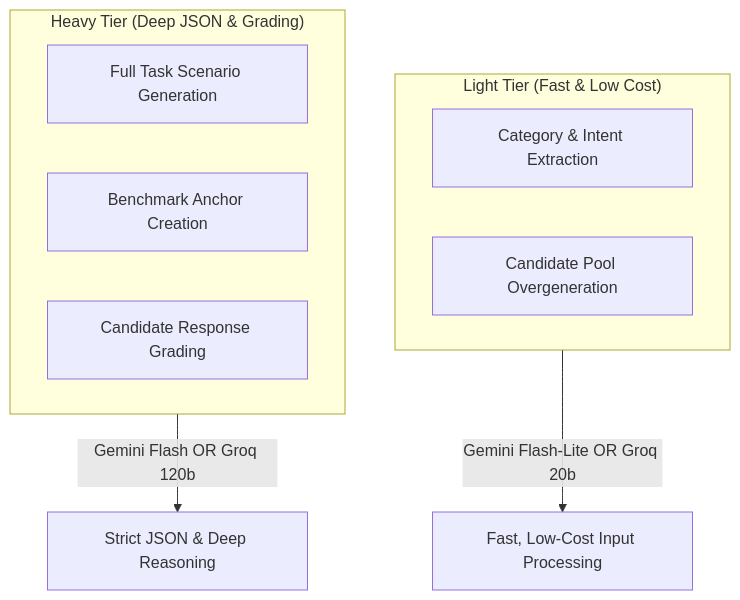
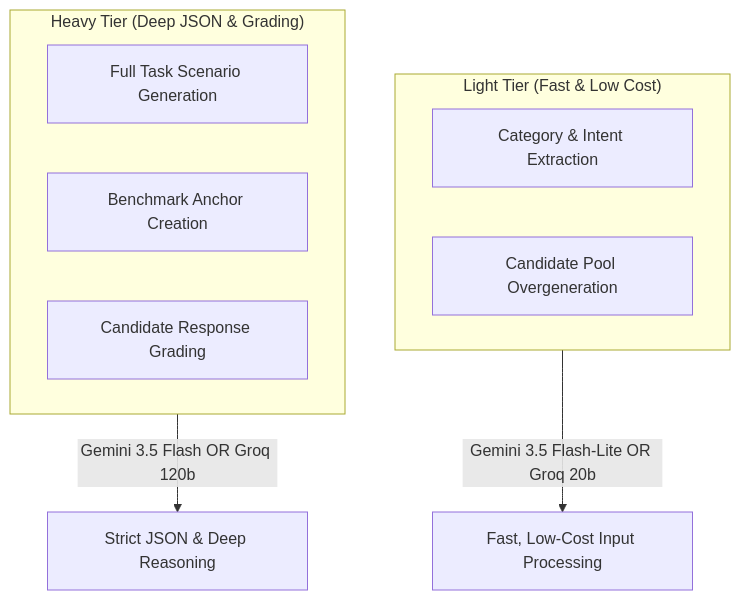
The first of 2 diagrams in docs/MODEL_PRICING_COMPARISON.md (Jobstacktalentsolutions/gainday-backend), drawn with Mermaid before and after one commit. The commit also changed other lines of this file and 23 other files, not shown here.

Commit message:
Add support module and database schema for user inquiries

````diff
--- a/docs/MODEL_PRICING_COMPARISON.md
+++ b/docs/MODEL_PRICING_COMPARISON.md
@@ -11,16 +11,16 @@
   ```mermaid
   flowchart TD
       subgraph LIGHT_TIER["Light Tier (Fast & Low Cost)"]
           A["Category & Intent Extraction"]
           B["Candidate Pool Overgeneration"]
       end
   
       subgraph HEAVY_TIER["Heavy Tier (Deep JSON & Grading)"]
           C["Full Task Scenario Generation"]
           D["Benchmark Anchor Creation"]
           E["Candidate Response Grading"]
       end
   
-      LIGHT_TIER -->|"Gemini Flash-Lite OR Groq 20b"| F["Fast, Low-Cost Input Processing"]
-      HEAVY_TIER -->|"Gemini Flash OR Groq 120b"| G["Strict JSON & Deep Reasoning"]
+      LIGHT_TIER -->|"Gemini 3.5 Flash-Lite OR Groq 20b"| F["Fast, Low-Cost Input Processing"]
+      HEAVY_TIER -->|"Gemini 3.5 Flash OR Groq 120b"| G["Strict JSON & Deep Reasoning"]
   ```
````
